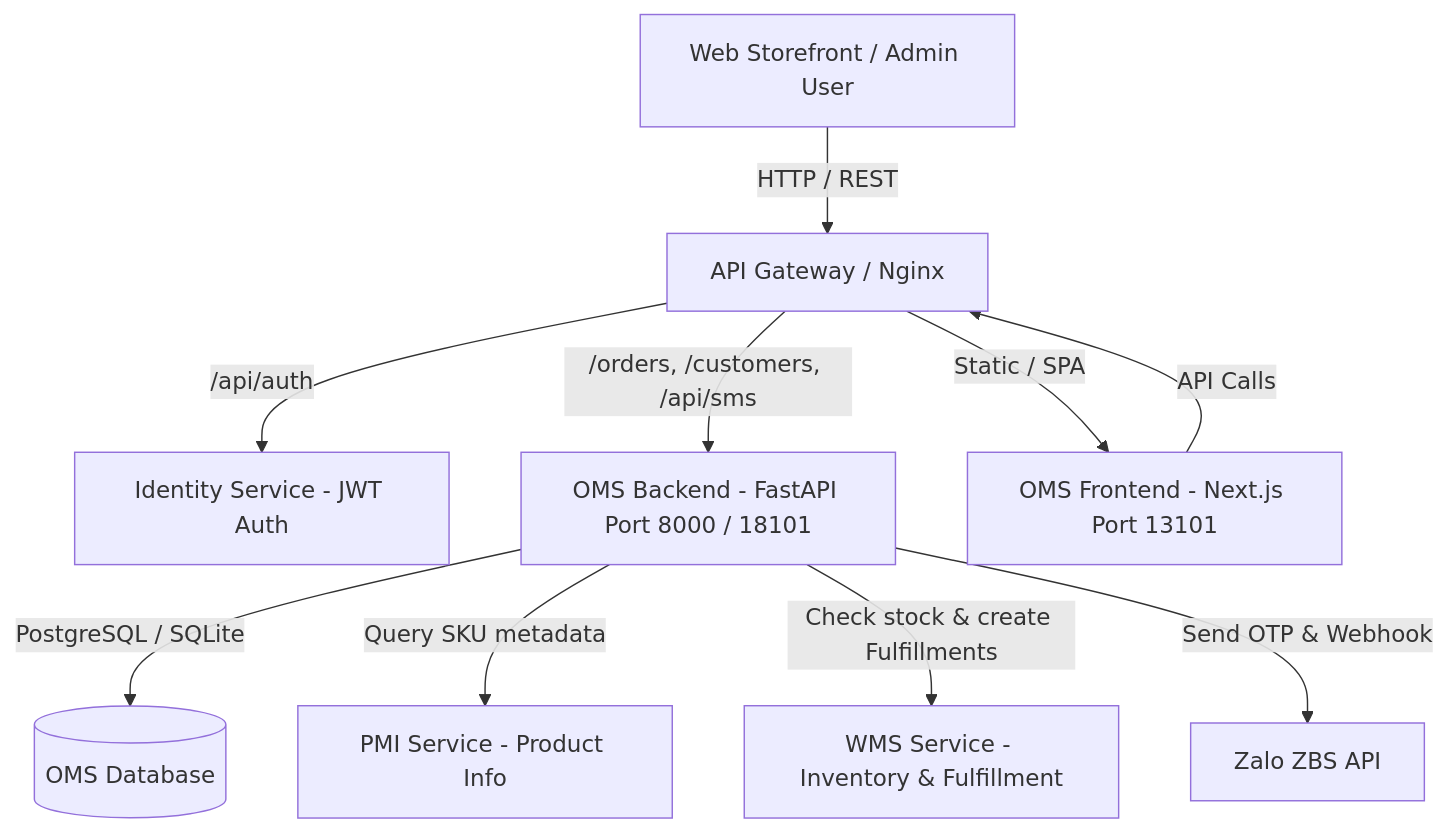
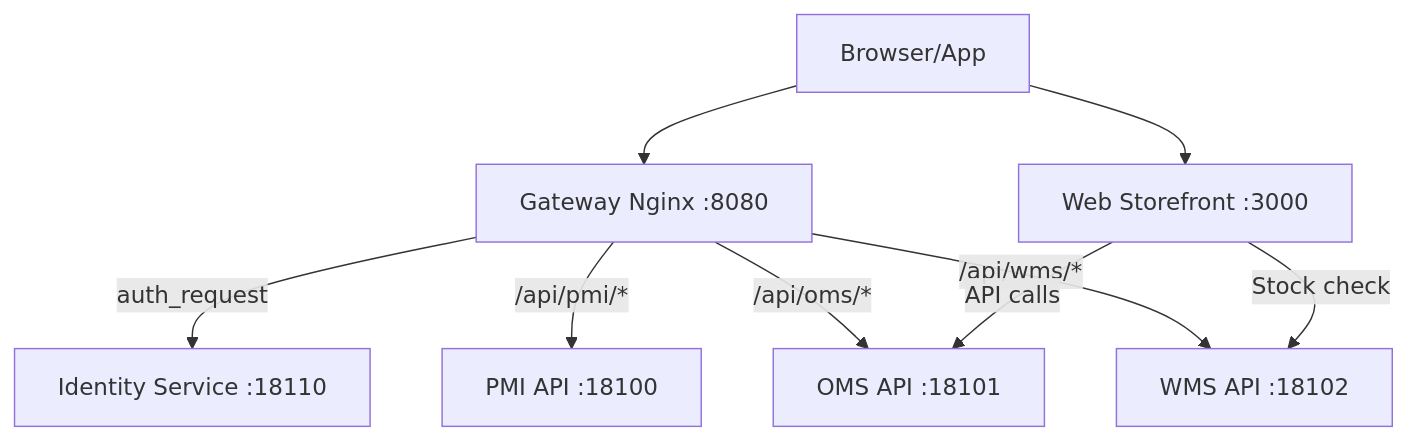
Before and after one commit to lupca/topvnsport: the first of 4 diagrams in docs/ARCHITECTURE.md, drawn with Mermaid. The commit also changed other lines of this file and 93 other files, not shown here.

````diff
--- a/docs/ARCHITECTURE.md
+++ b/docs/ARCHITECTURE.md
@@ -30,15 +5,19 @@
 ```mermaid
-graph TD
-    Client[Web Storefront / Admin User] -->|HTTP / REST| Gateway[API Gateway / Nginx]
+graph TB
+    Client[Browser/App]
+    Gateway["Gateway Nginx :8080"]
+    Identity["Identity Service :18110"]
+    PMI["PMI API :18100"]
+    OMS["OMS API :18101"]
+    WMS["WMS API :18102"]
+    Web["Web Storefront :3000"]
     
-    Gateway -->|/api/auth| Identity[Identity Service - JWT Auth]
-    Gateway -->|/orders, /customers, /api/sms| OMS_BE[OMS Backend - FastAPI Port 8000 / 18101]
-    Gateway -->|Static / SPA| OMS_FE[OMS Frontend - Next.js Port 13101]
-    
-    OMS_BE -->|PostgreSQL / SQLite| OMS_DB[(OMS Database)]
-    OMS_BE -->|Query SKU metadata| PMI[PMI Service - Product Info]
-    OMS_BE -->|Check stock & create Fulfillments| WMS[WMS Service - Inventory & Fulfillment]
-    OMS_BE -->|Send OTP & Webhook| Zalo[Zalo ZBS API]
-
-    OMS_FE -->|API Calls| Gateway
+    Client --> Gateway
+    Client --> Web
+    Gateway -->|auth_request| Identity
+    Gateway -->|/api/pmi/*| PMI
+    Gateway -->|/api/oms/*| OMS
+    Gateway -->|/api/wms/*| WMS
+    Web -->|API calls| OMS
+    Web -->|Stock check| WMS
 ```
````
